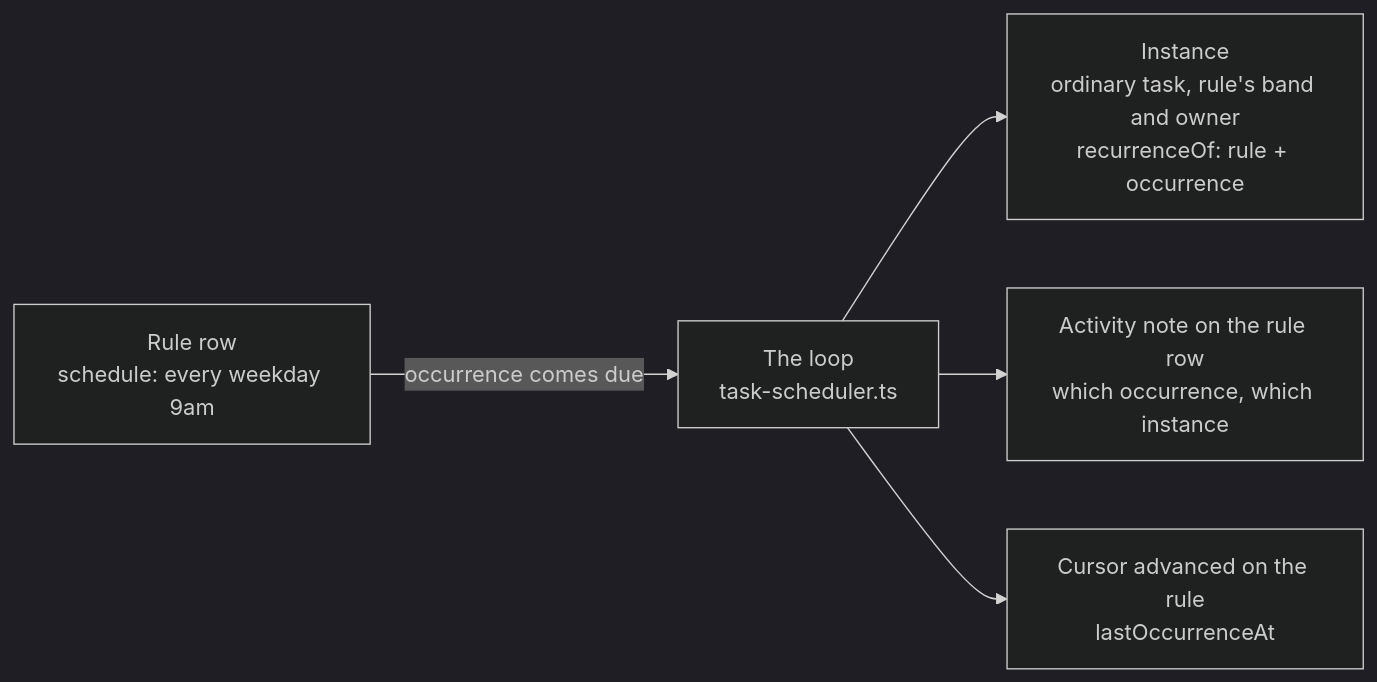
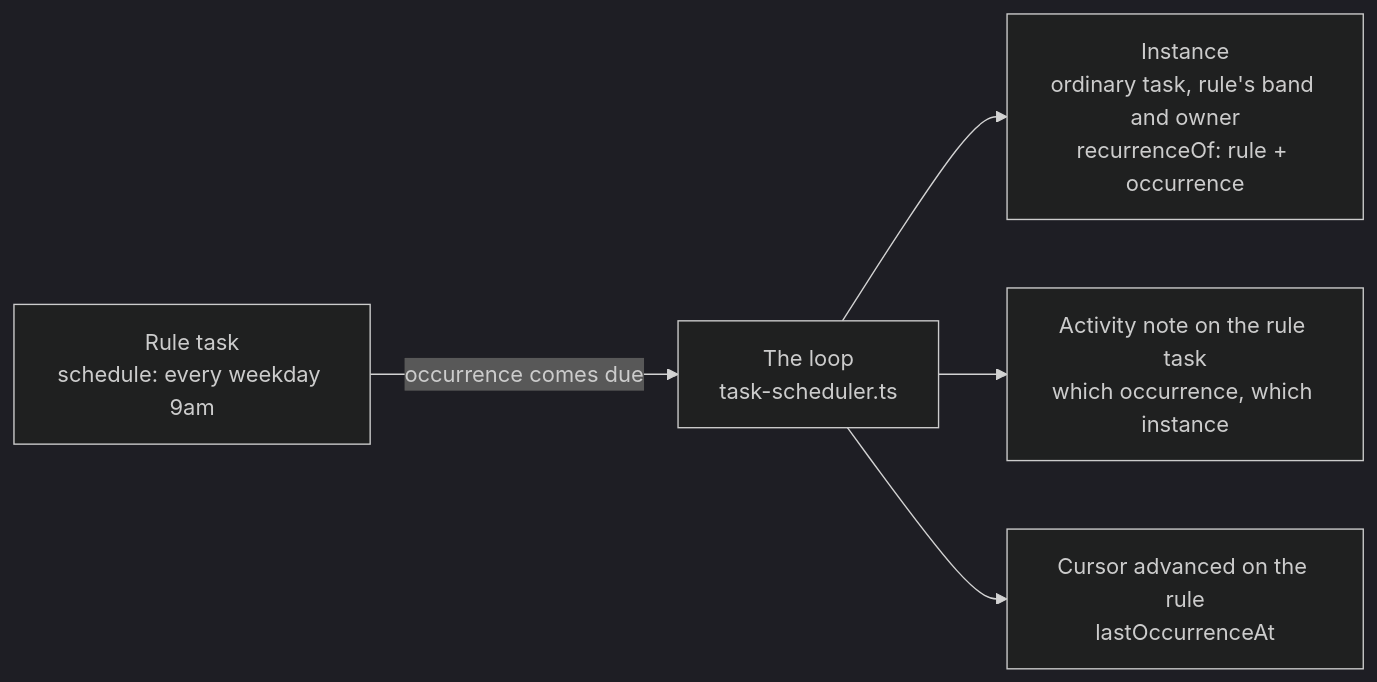
One commit to fryanpan/claude-workspaces-plugin changed the diagram in docs/architecture/scheduled-tasks.md. Above: the diagram before and after it, drawn with Mermaid (dark theme). The commit also changed other lines of this file and 20 other files, not shown here.

First line of the commit message:
Say task, not row: the board's own noun in every skill and rule

````diff
--- a/docs/architecture/scheduled-tasks.md
+++ b/docs/architecture/scheduled-tasks.md
@@ -30,7 +30,7 @@
 ```mermaid
 flowchart LR
-  R["Rule row<br/>schedule: every weekday 9am"] -->|"occurrence comes due"| S["The loop<br/>task-scheduler.ts"]
+  R["Rule task<br/>schedule: every weekday 9am"] -->|"occurrence comes due"| S["The loop<br/>task-scheduler.ts"]
   S --> I["Instance<br/>ordinary task, rule's band and owner<br/>recurrenceOf: rule + occurrence"]
-  S --> A["Activity note on the rule row<br/>which occurrence, which instance"]
+  S --> A["Activity note on the rule task<br/>which occurrence, which instance"]
   S --> C["Cursor advanced on the rule<br/>lastOccurrenceAt"]
 ```
````
